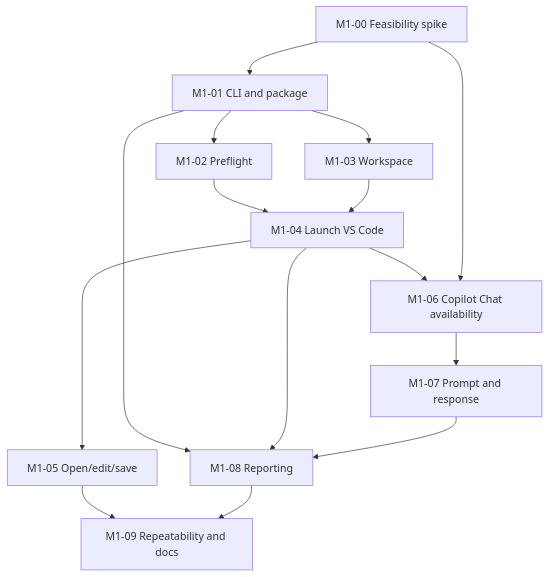
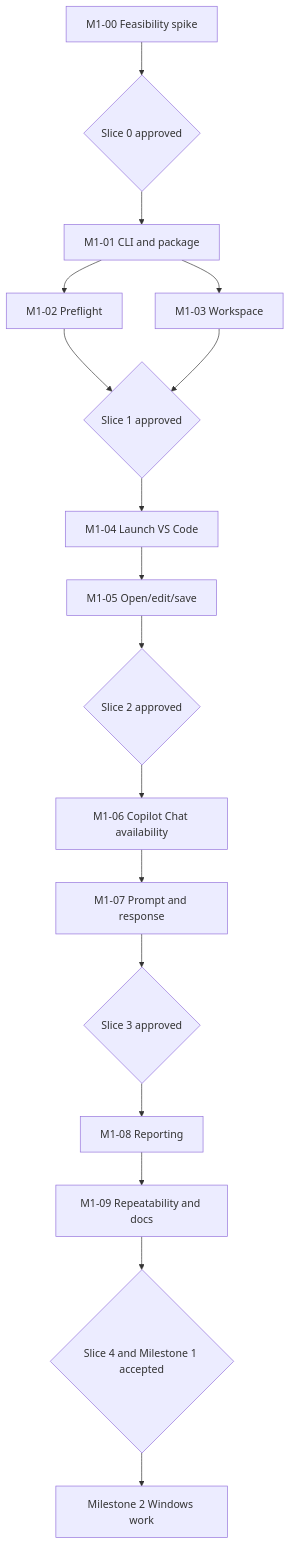
Before and after one commit to jimthompson5802/ide-tester: the second of 2 diagrams in specifications/ide-copilot-milestone1-user-stories.md, drawn with Mermaid. The commit also changed other lines of this file, not shown here.

Commit message:
docs: refine milestone 1 story backlog with agreed clarifications

````diff
--- a/specifications/ide-copilot-milestone1-user-stories.md
+++ b/specifications/ide-copilot-milestone1-user-stories.md
@@ -264,17 +329,19 @@
 ```mermaid
 flowchart TD
-    A[M1-00 Feasibility spike] --> B[M1-01 CLI and package]
+    A[M1-00 Feasibility spike] --> G0{Slice 0 approved}
+    G0 --> B[M1-01 CLI and package]
     B --> C[M1-02 Preflight]
     B --> D[M1-03 Workspace]
-    C --> E[M1-04 Launch VS Code]
-    D --> E
+    C --> G1{Slice 1 approved}
+    D --> G1
+    G1 --> E[M1-04 Launch VS Code]
     E --> F[M1-05 Open/edit/save]
-    E --> G[M1-06 Copilot Chat availability]
-    A --> G
+    F --> G2{Slice 2 approved}
+    G2 --> G[M1-06 Copilot Chat availability]
     G --> H[M1-07 Prompt and response]
-    B --> I[M1-08 Reporting]
-    E --> I
-    H --> I
-    F --> J[M1-09 Repeatability and docs]
+    H --> G3{Slice 3 approved}
+    G3 --> I[M1-08 Reporting]
     I --> J
+    J[M1-09 Repeatability and docs] --> G4{Slice 4 and Milestone 1 accepted}
+    G4 --> W[Milestone 2 Windows work]
 ```
````
